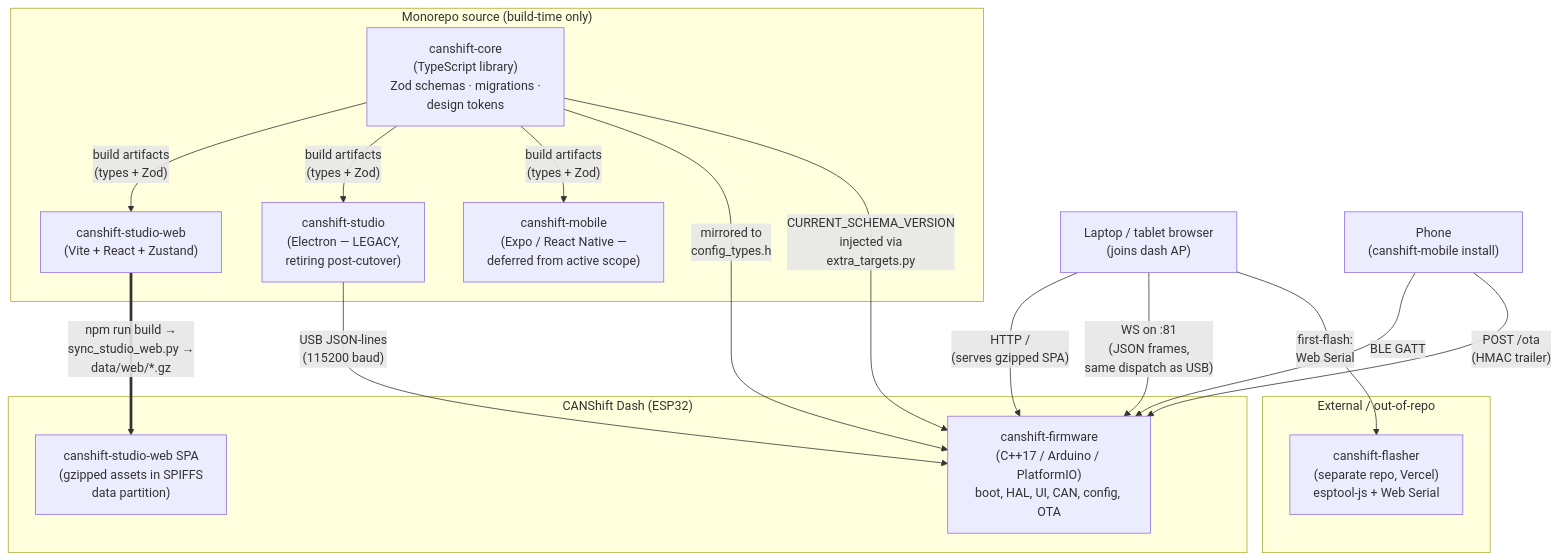
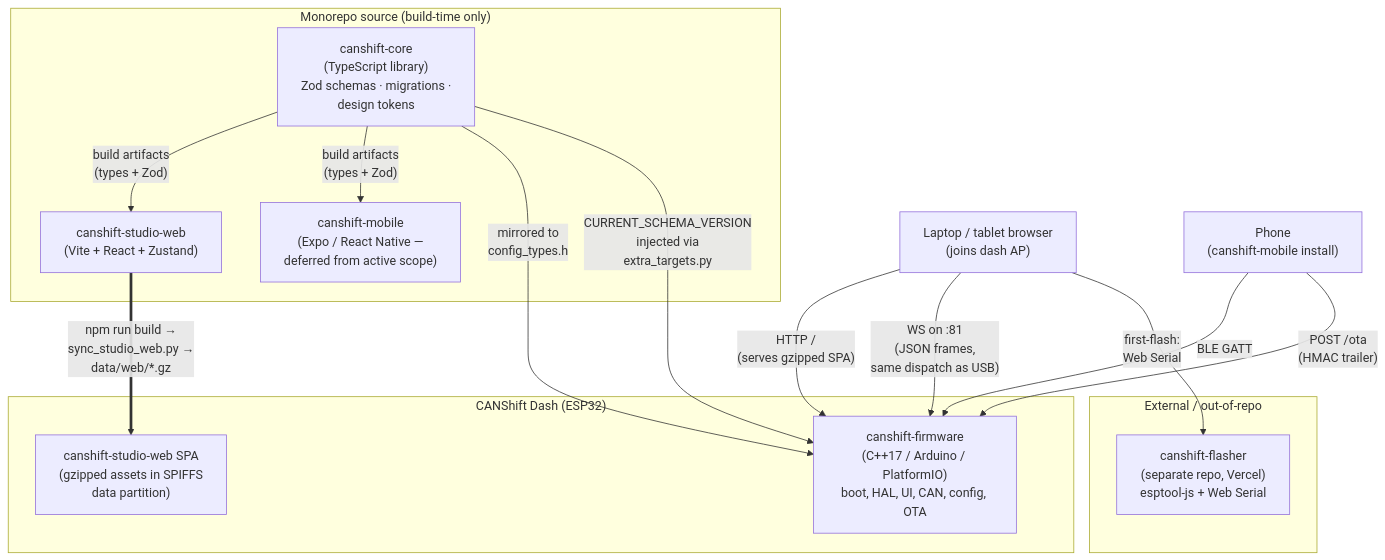
Before and after one commit to CANShift/CANShift: the second of 7 diagrams in docs/ARCHITECTURE.md, drawn with Mermaid. The commit also changed other lines of this file and 302 other files, not shown here.

First line of the commit message:
chore: decommission canshift-studio Electron package (#1153)

````diff
--- a/docs/ARCHITECTURE.md
+++ b/docs/ARCHITECTURE.md
@@ -80,38 +80,34 @@
 ```mermaid
 graph TD
     subgraph dash["CANShift Dash (ESP32)"]
         fw["canshift-firmware<br/>(C++17 / Arduino / PlatformIO)<br/>boot, HAL, UI, CAN, config, OTA"]
         spa_fs["canshift-studio-web SPA<br/>(gzipped assets in SPIFFS<br/>data partition)"]
     end
 
     subgraph monorepo["Monorepo source (build-time only)"]
         core["canshift-core<br/>(TypeScript library)<br/>Zod schemas · migrations ·<br/>design tokens"]
         studio_web_src["canshift-studio-web<br/>(Vite + React + Zustand)"]
-        studio_legacy["canshift-studio<br/>(Electron — LEGACY,<br/>retiring post-cutover)"]
         mobile_src["canshift-mobile<br/>(Expo / React Native —<br/>deferred from active scope)"]
     end
 
     subgraph external["External / out-of-repo"]
         flasher_repo["canshift-flasher<br/>(separate repo, Vercel)<br/>esptool-js + Web Serial"]
     end
 
     laptop["Laptop / tablet browser<br/>(joins dash AP)"]
     phone["Phone<br/>(canshift-mobile install)"]
 
     core -- "build artifacts<br/>(types + Zod)" --> studio_web_src
-    core -- "build artifacts<br/>(types + Zod)" --> studio_legacy
     core -- "build artifacts<br/>(types + Zod)" --> mobile_src
     core -- "mirrored to<br/>config_types.h" --> fw
     core -- "CURRENT_SCHEMA_VERSION<br/>injected via<br/>extra_targets.py" --> fw
 
     studio_web_src == "npm run build →<br/>sync_studio_web.py →<br/>data/web/*.gz" ==> spa_fs
 
     laptop -- "HTTP /<br/>(serves gzipped SPA)" --> fw
     laptop -- "WS on :81<br/>(JSON frames,<br/>same dispatch as USB)" --> fw
     phone -- "BLE GATT" --> fw
     phone -- "POST /ota<br/>(HMAC trailer)" --> fw
 
-    studio_legacy -- "USB JSON-lines<br/>(115200 baud)" --> fw
-
     laptop -- "first-flash:<br/>Web Serial" --> flasher_repo
 ```
````
